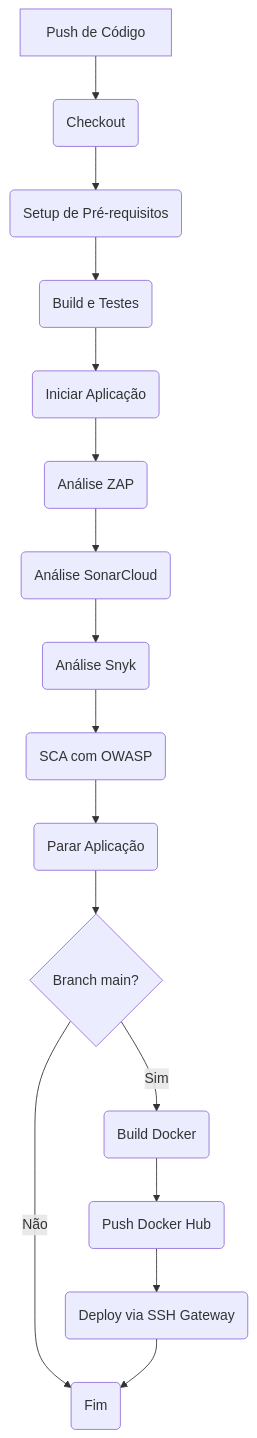
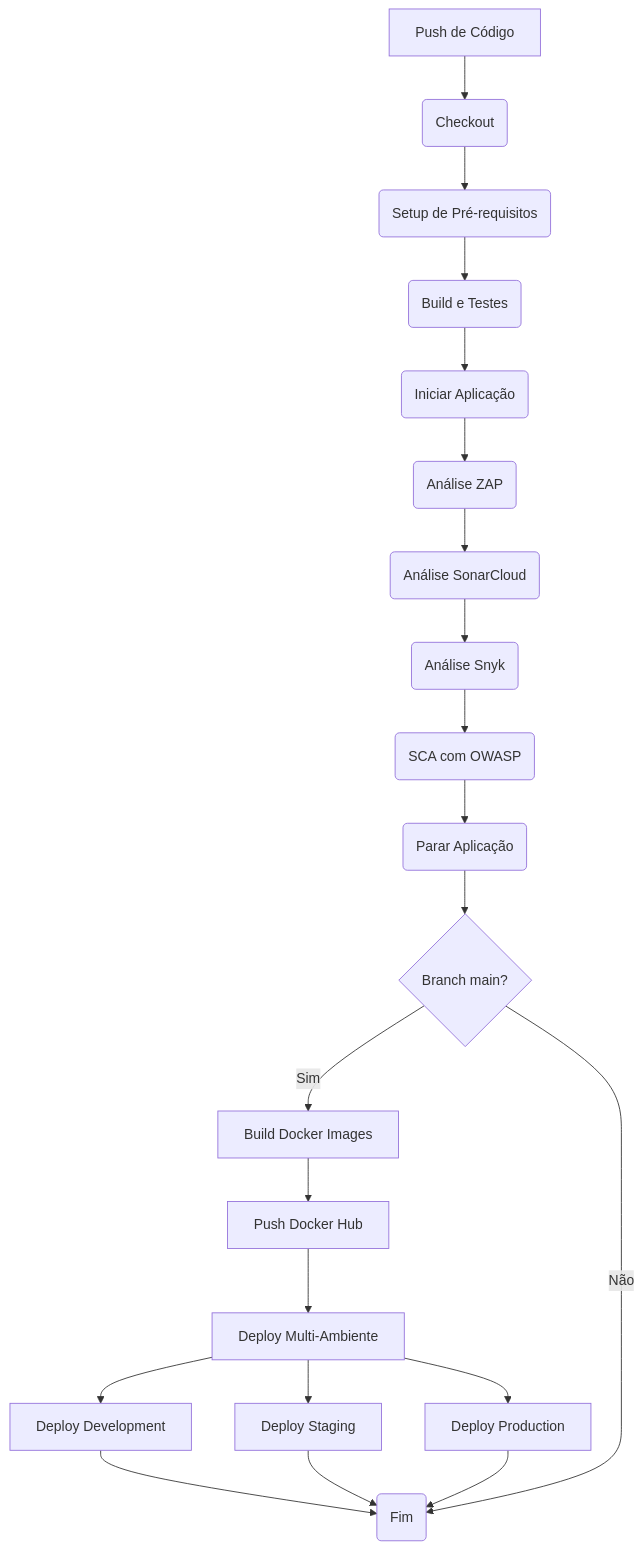
The diagram in Deliverables/Fase2 Sprint2/PipelineSprint2Fase2.md (SecProjects2025/desofs2025_wed_ffs_3), drawn with Mermaid before and after one commit. The commit also changed other lines of this file and 3 other files, not shown here.

````diff
--- a/Deliverables/Fase2 Sprint2/PipelineSprint2Fase2.md
+++ b/Deliverables/Fase2 Sprint2/PipelineSprint2Fase2.md
@@ -13,18 +13,23 @@
 ```mermaid
 graph TD
     A[Push de Código] --> B(Checkout)
     B --> C(Setup de Pré-requisitos)
     C --> D(Build e Testes)
     D --> E(Iniciar Aplicação)
     E --> F(Análise ZAP)
     F --> G(Análise SonarCloud)
     G --> H(Análise Snyk)
     H --> I(SCA com OWASP)
     I --> J(Parar Aplicação)
     J --> K{Branch main?}
-    K -->|Sim| L(Build Docker)
-    L --> M(Push Docker Hub)
-    M --> N(Deploy via SSH Gateway)
-    K -->|Não| O(Fim)
-    N --> O
+    K -->|Sim| L[Build Docker Images]
+    L --> M[Push Docker Hub]
+    M --> N[Deploy Multi-Ambiente]
+    N --> O1[Deploy Development]
+    N --> O2[Deploy Staging]
+    N --> O3[Deploy Production]
+    O1 --> P(Fim)
+    O2 --> P
+    O3 --> P
+    K -->|Não| P
 ```
````
